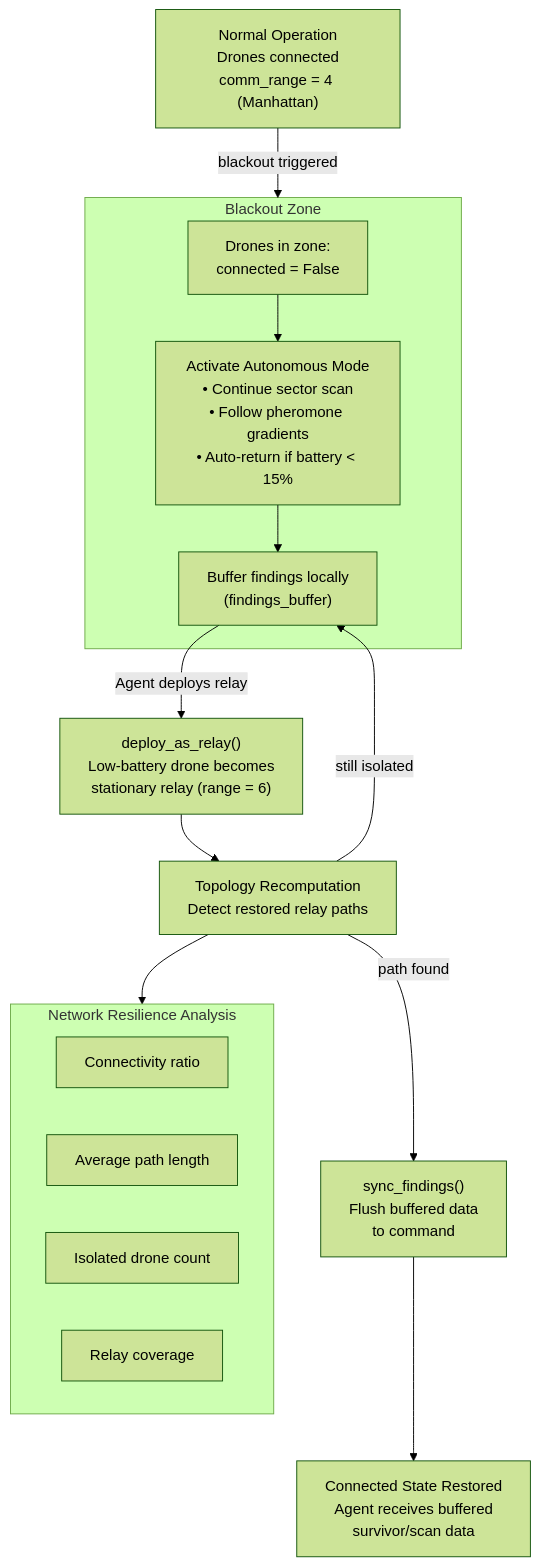
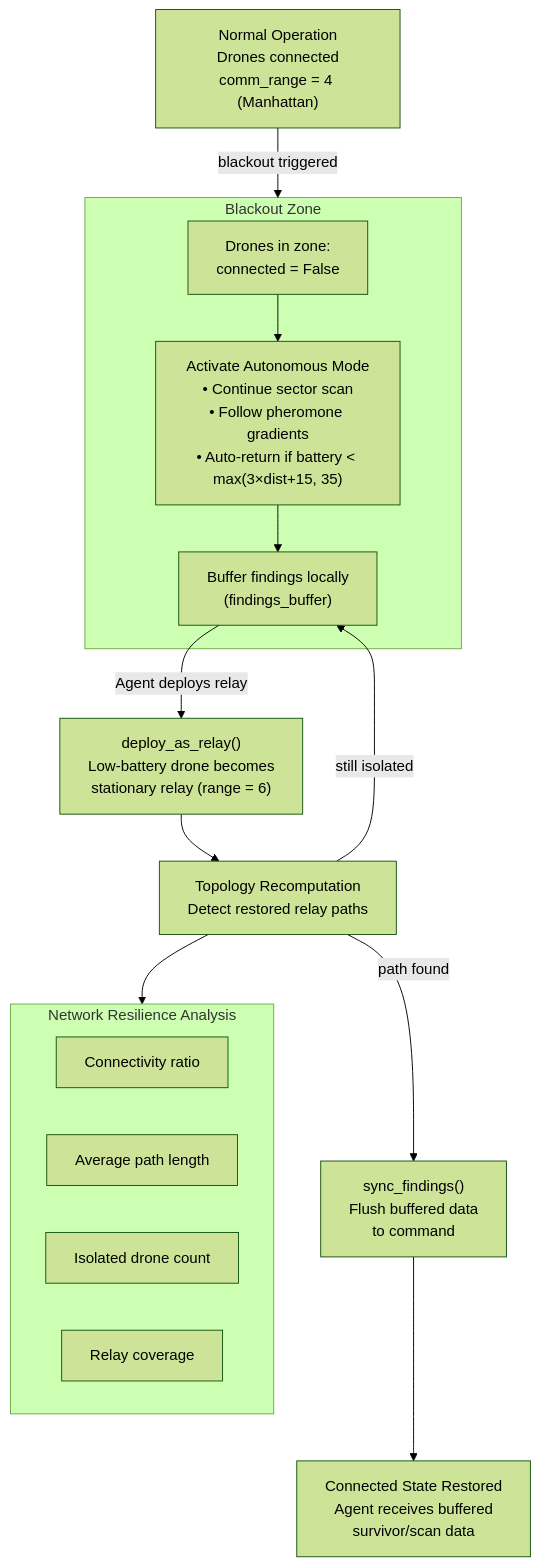
Before and after one commit to Andersonnn7788/drone-agents: the seventh of 11 diagrams in architecture.md, drawn with Mermaid (forest theme). The commit also changed other lines of this file and 20 other files, not shown here.

Commit message:
fix all the bugs and update readme and architecture

````diff
--- a/architecture.md
+++ b/architecture.md
@@ -270,32 +273,32 @@
 ```mermaid
 flowchart TB
     NORMAL["Normal Operation<br>Drones connected<br>comm_range = 4 (Manhattan)"] -->|"blackout triggered"| BLACKOUT
 
     subgraph BLACKOUT["Blackout Zone"]
         DISC["Drones in zone:<br>connected = False"]
-        AUTO["Activate Autonomous Mode<br>• Continue sector scan<br>• Follow pheromone gradients<br>• Auto-return if battery < 15%"]
+        AUTO["Activate Autonomous Mode<br>• Continue sector scan<br>• Follow pheromone gradients<br>• Auto-return if battery < max(3×dist+15, 35)"]
         BUFF["Buffer findings locally<br>(findings_buffer)"]
     end
 
     DISC --> AUTO
     AUTO --> BUFF
 
     BUFF -->|"Agent deploys relay"| RELAY["deploy_as_relay()<br>Low-battery drone becomes<br>stationary relay (range = 6)"]
 
     RELAY --> RECOMPUTE["Topology Recomputation<br>Detect restored relay paths"]
 
     RECOMPUTE -->|"path found"| SYNC["sync_findings()<br>Flush buffered data<br>to command"]
 
     RECOMPUTE -->|"still isolated"| BUFF
 
     SYNC --> RECOVERED["Connected State Restored<br>Agent receives buffered<br>survivor/scan data"]
 
     subgraph Resilience["Network Resilience Analysis"]
         R1[Connectivity ratio]
         R2[Average path length]
         R3[Isolated drone count]
         R4[Relay coverage]
     end
 
     RECOMPUTE --> Resilience
 ```
````
